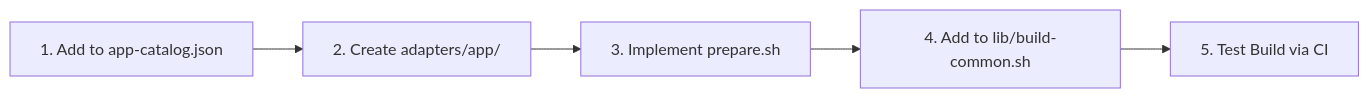
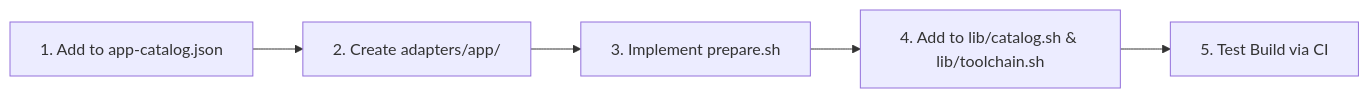
The fifth of 5 diagrams in docs/porting-guide.md (MostafaXS1/artcraft-android), drawn with Mermaid before and after one commit. The commit also changed other lines of this file and 6 other files, not shown here.

First line of the commit message:
docs(core): update architecture, agents, test, and porting docs for build decentralization

````diff
--- a/docs/porting-guide.md
+++ b/docs/porting-guide.md
@@ -503,7 +503,7 @@
 ```mermaid
 flowchart LR
     A[1. Add to app-catalog.json] --> B[2. Create adapters/app/]
     B --> C[3. Implement prepare.sh]
-    C --> D[4. Add to lib/build-common.sh]
+    C --> D[4. Add to lib/catalog.sh & lib/toolchain.sh]
     D --> E[5. Test Build via CI]
 ```
````
